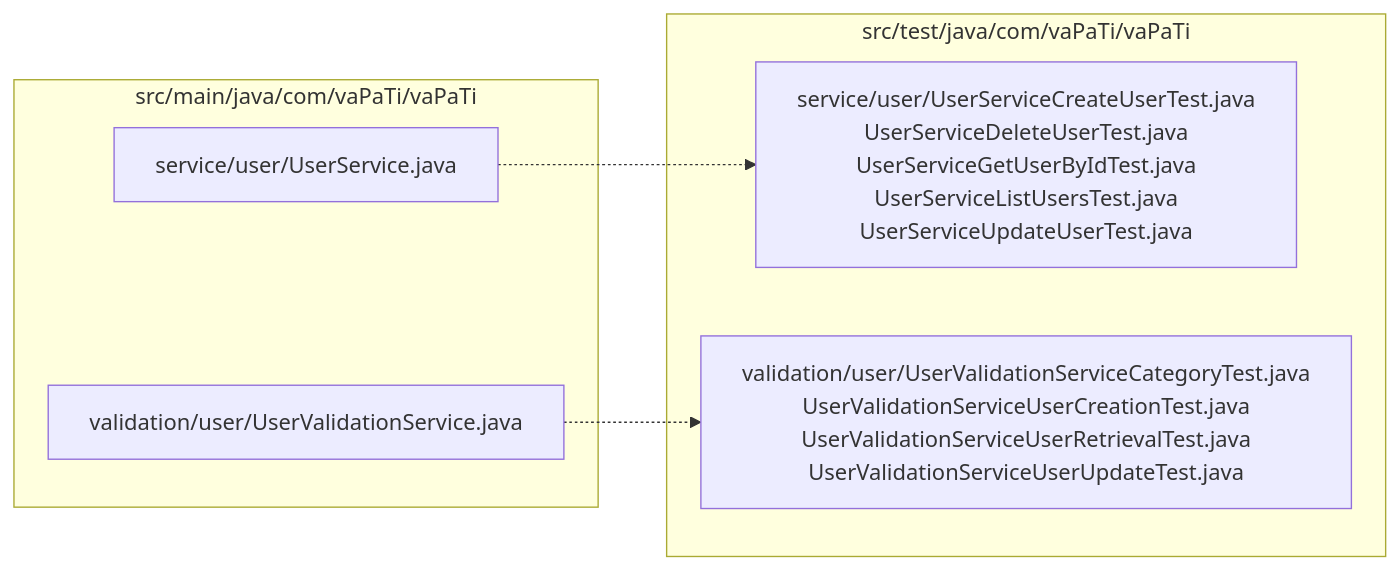
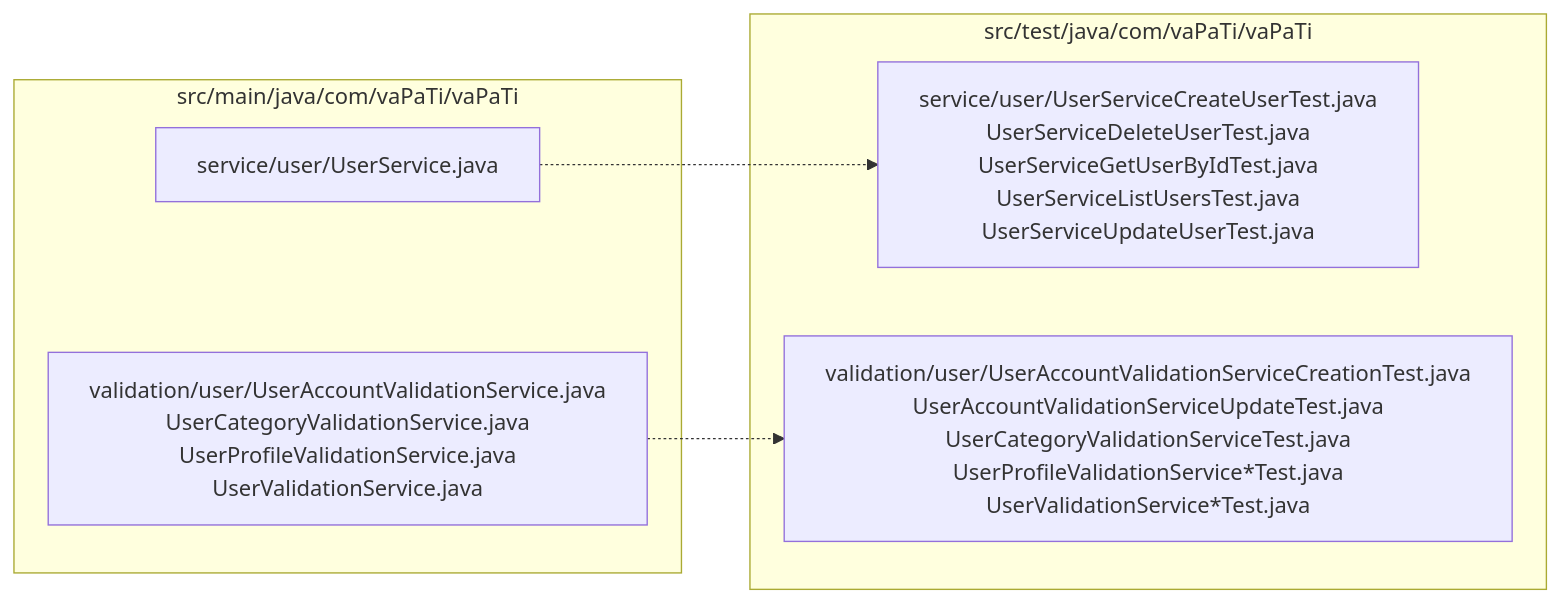
The diagram in docs/arquitectura/07-testing.md (joseph517/vapati), drawn with Mermaid before and after one commit. The commit also changed other lines of this file and 8 other files, not shown here.

Commit message:
docs: Document the profile URLs, social links, tags and the split user validation services

````diff
--- a/docs/arquitectura/07-testing.md
+++ b/docs/arquitectura/07-testing.md
@@ -56,13 +56,13 @@
 ```mermaid
 flowchart LR
     subgraph main["src/main/java/com/vaPaTi/vaPaTi"]
         S1[service/user/UserService.java]
-        V1[validation/user/UserValidationService.java]
+        V1[validation/user/UserAccountValidationService.java<br/>UserCategoryValidationService.java<br/>UserProfileValidationService.java<br/>UserValidationService.java]
     end
     subgraph test["src/test/java/com/vaPaTi/vaPaTi"]
         T1[service/user/UserServiceCreateUserTest.java<br/>UserServiceDeleteUserTest.java<br/>UserServiceGetUserByIdTest.java<br/>UserServiceListUsersTest.java<br/>UserServiceUpdateUserTest.java]
-        T2[validation/user/UserValidationServiceCategoryTest.java<br/>UserValidationServiceUserCreationTest.java<br/>UserValidationServiceUserRetrievalTest.java<br/>UserValidationServiceUserUpdateTest.java]
+        T2[validation/user/UserAccountValidationServiceCreationTest.java<br/>UserAccountValidationServiceUpdateTest.java<br/>UserCategoryValidationServiceTest.java<br/>UserProfileValidationService*Test.java<br/>UserValidationService*Test.java]
     end
     S1 -.-> T1
     V1 -.-> T2
 ```
````
